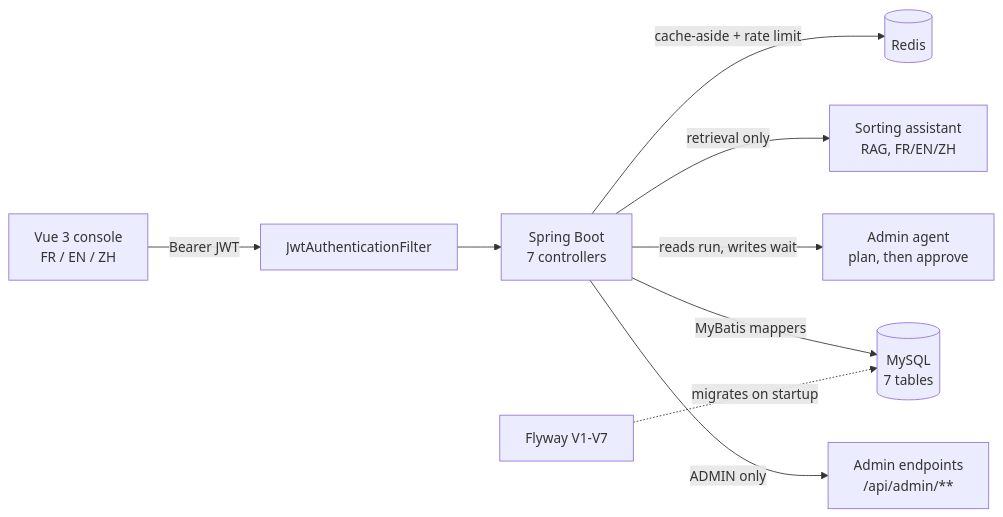
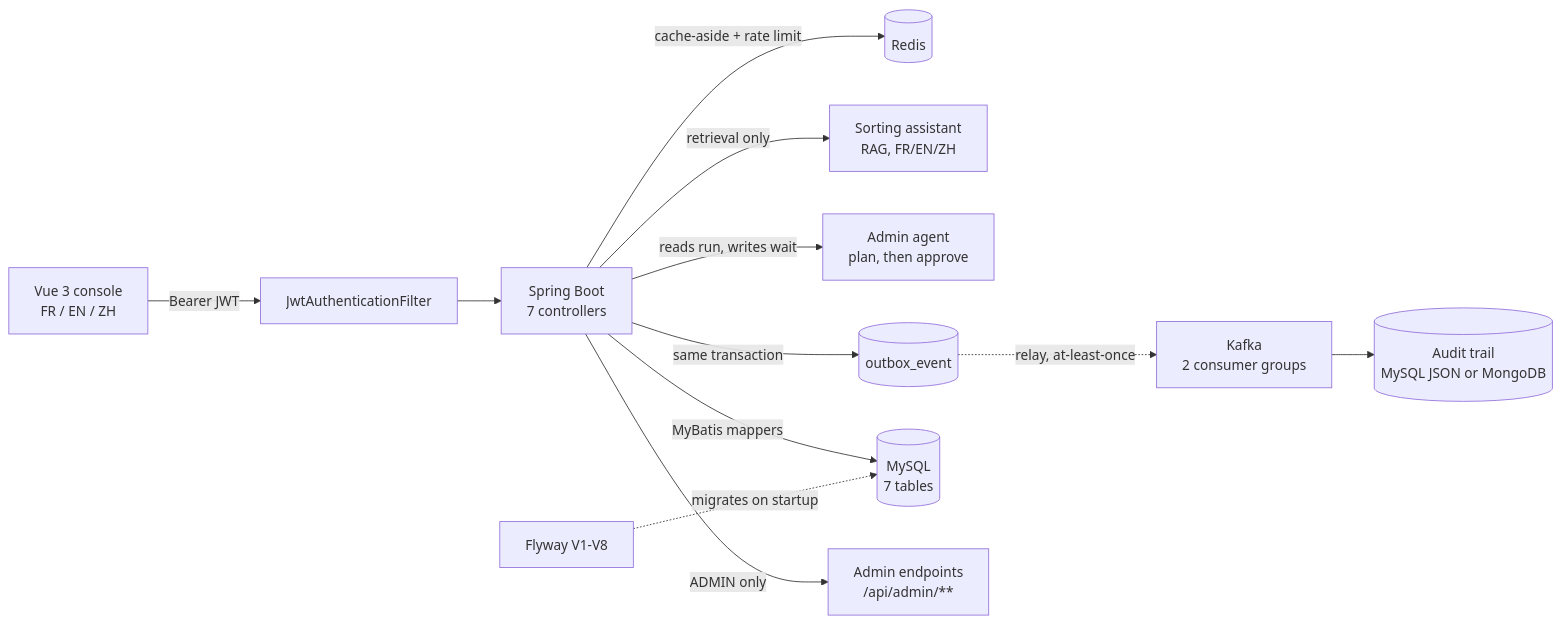
Before and after one commit to kingmars2022/blainville-waste-sorting: the diagram in README.md, drawn with Mermaid. The commit also changed other lines of this file and 27 other files, not shown here.

First line of the commit message:
feat: transactional outbox to Kafka, and an audit trail implemented twice

````diff
--- a/README.md
+++ b/README.md
@@ -8,11 +8,14 @@
 ```mermaid
 flowchart LR
     V["Vue 3 console<br/>FR / EN / ZH"] -->|"Bearer JWT"| F["JwtAuthenticationFilter"]
     F --> A["Spring Boot<br/>7 controllers"]
     A -->|"cache-aside + rate limit"| R[("Redis")]
     A -->|"retrieval only"| AI["Sorting assistant<br/>RAG, FR/EN/ZH"]
     A -->|"reads run, writes wait"| AG["Admin agent<br/>plan, then approve"]
+    A -->|"same transaction"| OB[("outbox_event")]
+    OB -.->|"relay, at-least-once"| K["Kafka<br/>2 consumer groups"]
+    K --> AU[("Audit trail<br/>MySQL JSON or MongoDB")]
     A -->|"MyBatis mappers"| D[("MySQL<br/>7 tables")]
-    FW["Flyway V1-V7"] -.->|"migrates on startup"| D
+    FW["Flyway V1-V8"] -.->|"migrates on startup"| D
     A -->|"ADMIN only"| ADM["Admin endpoints<br/>/api/admin/**"]
 ```
````
